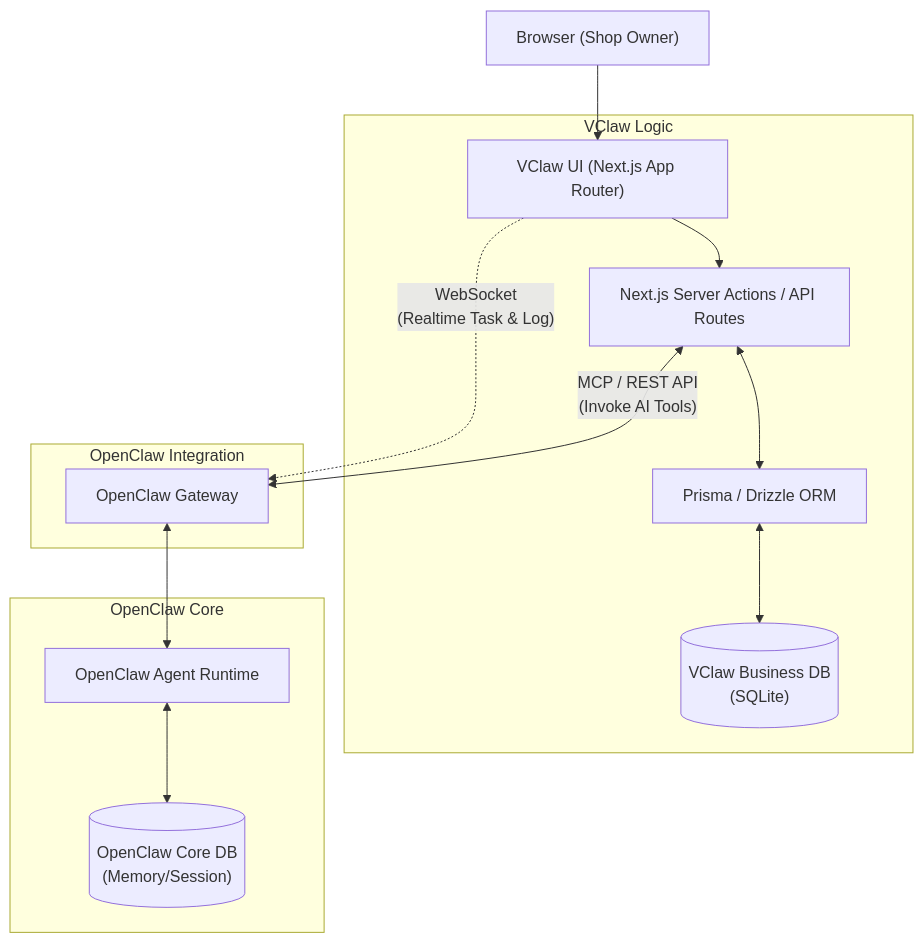
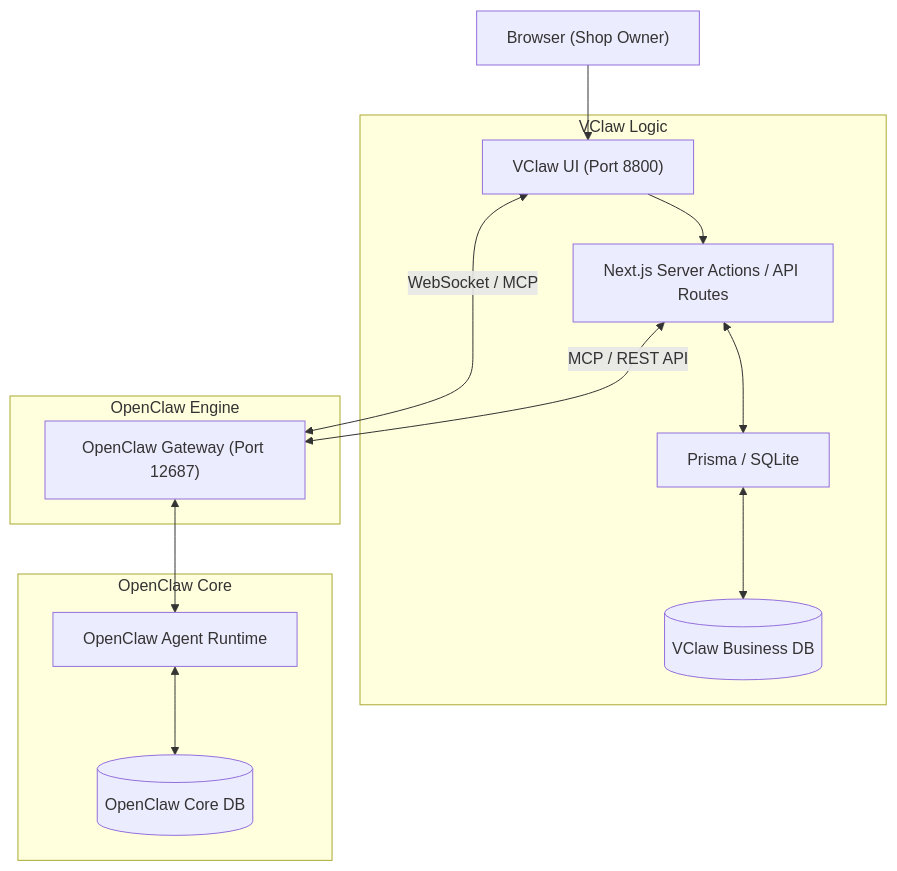
One commit to solana8800/vclaw-ui changed the diagram in vclaw-ui/docs/12-VClaw-OpenClaw-Integration-Strategy.en.md. Above: the diagram before and after it, drawn with Mermaid. The commit also changed other lines of this file and 20 other files, not shown here.

Commit message:
refactor: update architecture documentation to define VClaw Business Dashboard and OpenClaw Core separation

````diff
--- a/vclaw-ui/docs/12-VClaw-OpenClaw-Integration-Strategy.en.md
+++ b/vclaw-ui/docs/12-VClaw-OpenClaw-Integration-Strategy.en.md
@@ -64,20 +67,20 @@
 ```mermaid
 graph TD
-    Client["Browser (Shop Owner)"] --> UI["VClaw UI (Next.js App Router)"]
+    Client["Browser (Shop Owner)"] --> UI["VClaw UI (Port 8800)"]
     
     subgraph VClaw Logic
         UI --> BizAPI["Next.js Server Actions / API Routes"]
-        BizAPI <--> ORM["Prisma / Drizzle ORM"]
-        ORM <--> BizDB[("VClaw Business DB\n(SQLite)")]
+        BizAPI <--> ORM["Prisma / SQLite"]
+        ORM <--> BizDB[("VClaw Business DB")]
     end
 
-    subgraph OpenClaw Integration
-        UI -.->|"WebSocket\n(Realtime Task & Log)"| Gateway["OpenClaw Gateway"]
-        BizAPI <-->|"MCP / REST API\n(Invoke AI Tools)"| Gateway
+    subgraph OpenClaw Engine
+        UI <-->|"WebSocket / MCP"| Gateway["OpenClaw Gateway (Port 12687)"]
+        BizAPI <-->|"MCP / REST API"| Gateway
     end
     
     subgraph OpenClaw Core
         Gateway <--> Agent["OpenClaw Agent Runtime"]
-        Agent <--> CoreDB[("OpenClaw Core DB\n(Memory/Session)")]
+        Agent <--> CoreDB[("OpenClaw Core DB")]
     end
 ```
````
